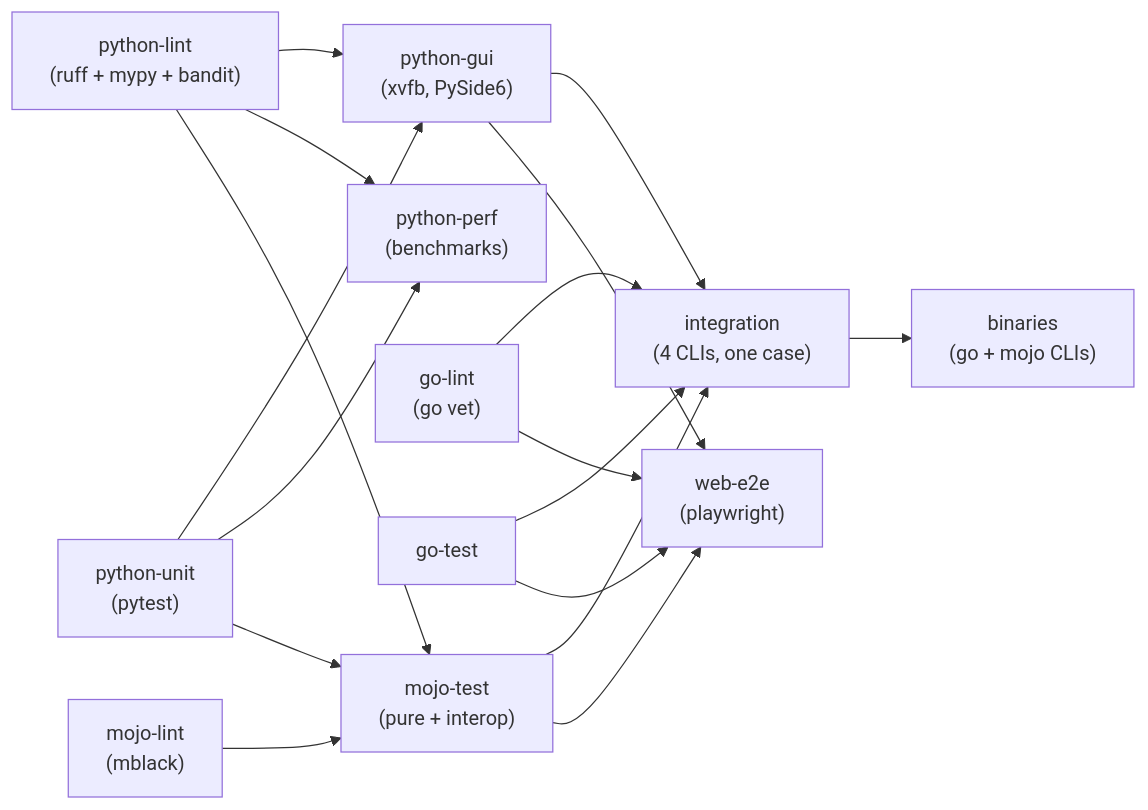
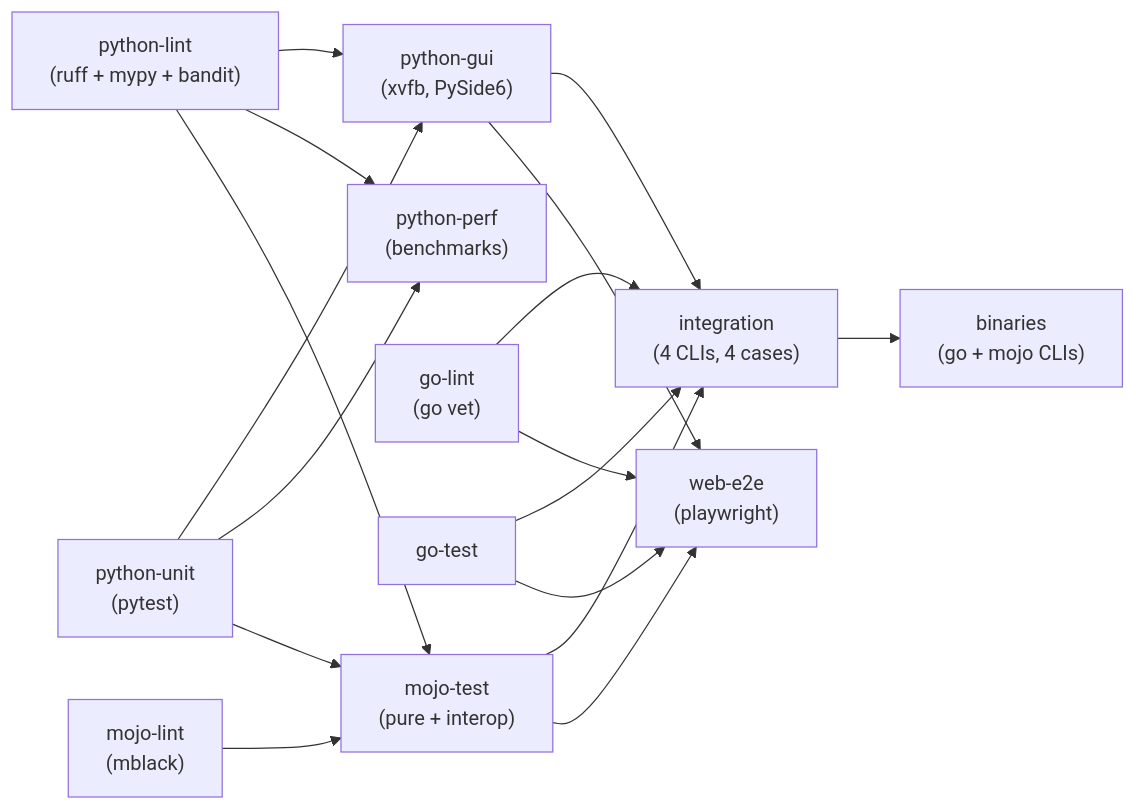
One commit to panjacek/PIM_Calculator changed the diagram in docs/ci.md. Above: the diagram before and after it, drawn with Mermaid. The commit also changed other lines of this file and 18 other files, not shown here.

````diff
--- a/docs/ci.md
+++ b/docs/ci.md
@@ -8,31 +8,31 @@
 ```mermaid
 flowchart LR
     pl["python-lint<br/>(ruff + mypy + bandit)"]
     pu["python-unit<br/>(pytest)"]
     pg["python-gui<br/>(xvfb, PySide6)"]
     pp["python-perf<br/>(benchmarks)"]
     gl["go-lint<br/>(go vet)"]
     gt["go-test"]
     ml["mojo-lint<br/>(mblack)"]
     mt["mojo-test<br/>(pure + interop)"]
-    ig["integration<br/>(4 CLIs, one case)"]
+    ig["integration<br/>(4 CLIs, 4 cases)"]
     we["web-e2e<br/>(playwright)"]
     bn["binaries<br/>(go + mojo CLIs)"]
 
     pl --> pg
     pu --> pg
     pl --> pp
     pu --> pp
     ml --> mt
     pl --> mt
     pu --> mt
     pg --> ig
     gl --> ig
     gt --> ig
     mt --> ig
     ig --> bn
     pg --> we
     gl --> we
     gt --> we
     mt --> we
 ```
````
